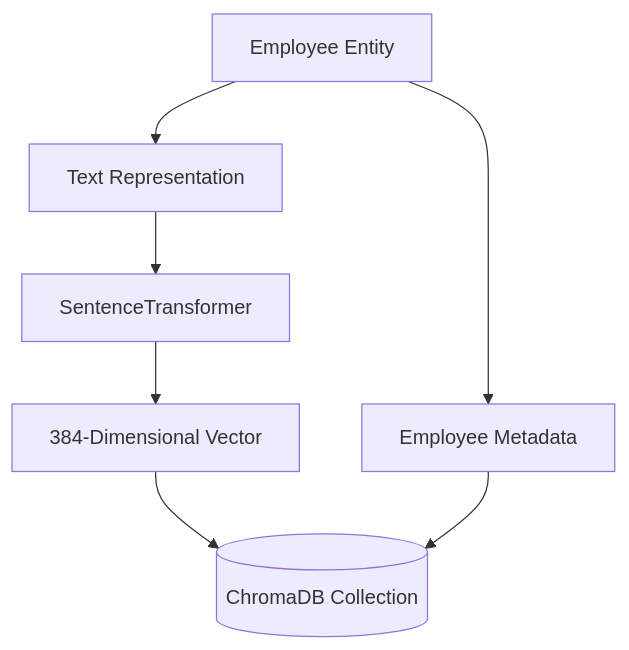
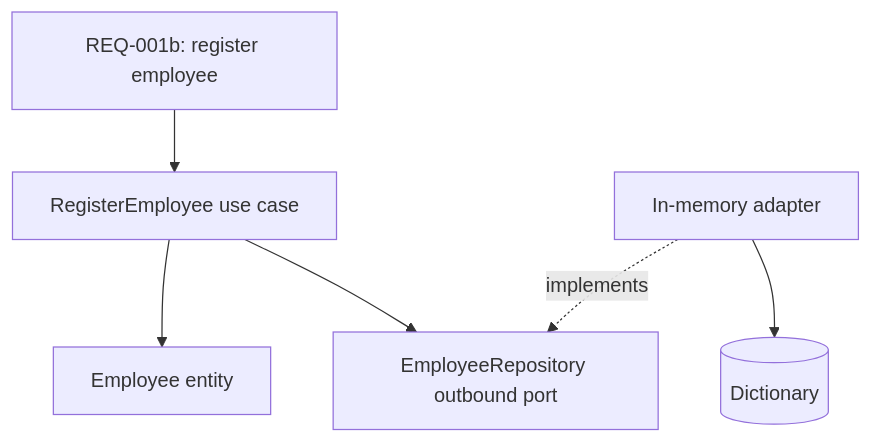
Before and after one commit to Thommans-Playground/coursera-IBM-RAG-Agentic-AI-Professional-Certificate: the eighth of 12 diagrams in course3/instructions.md, drawn with Mermaid. The commit also changed other lines of this file, not shown here.

````diff
--- a/course3/instructions.md
+++ b/course3/instructions.md
@@ -598,9 +438,8 @@
 ```mermaid
 flowchart TD
-    E["Employee Entity"] --> T["Text Representation"]
-    T --> M["SentenceTransformer"]
-    M --> V["384-Dimensional Vector"]
-    V --> C[("ChromaDB Collection")]
-    E --> MD["Employee Metadata"]
-    MD --> C
+    R["REQ-001b: register employee"] --> UC["RegisterEmployee use case"]
+    UC --> E["Employee entity"]
+    UC --> P["EmployeeRepository outbound port"]
+    FA["In-memory adapter"] -. implements .-> P
+    FA --> MEM[(Dictionary)]
 ```
````
